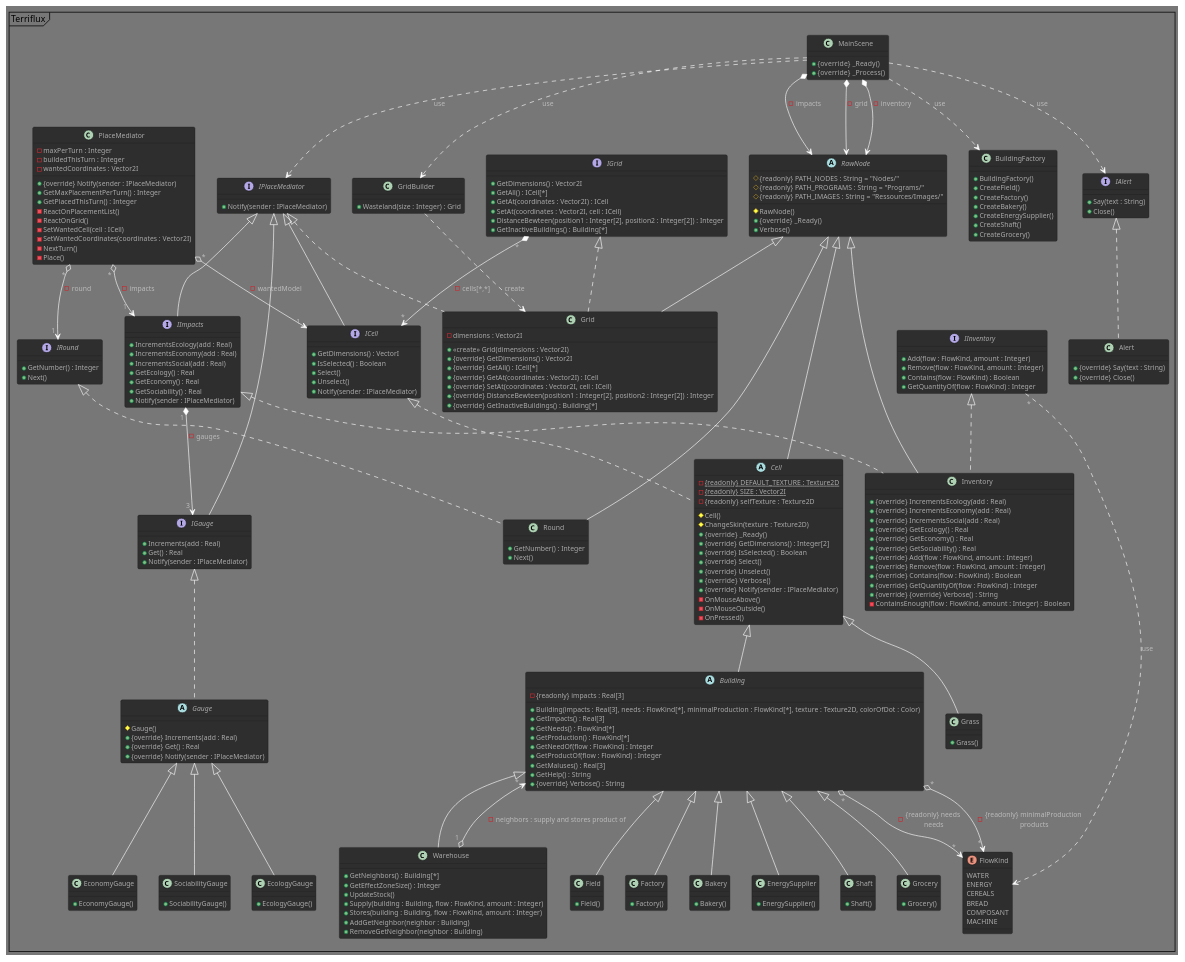
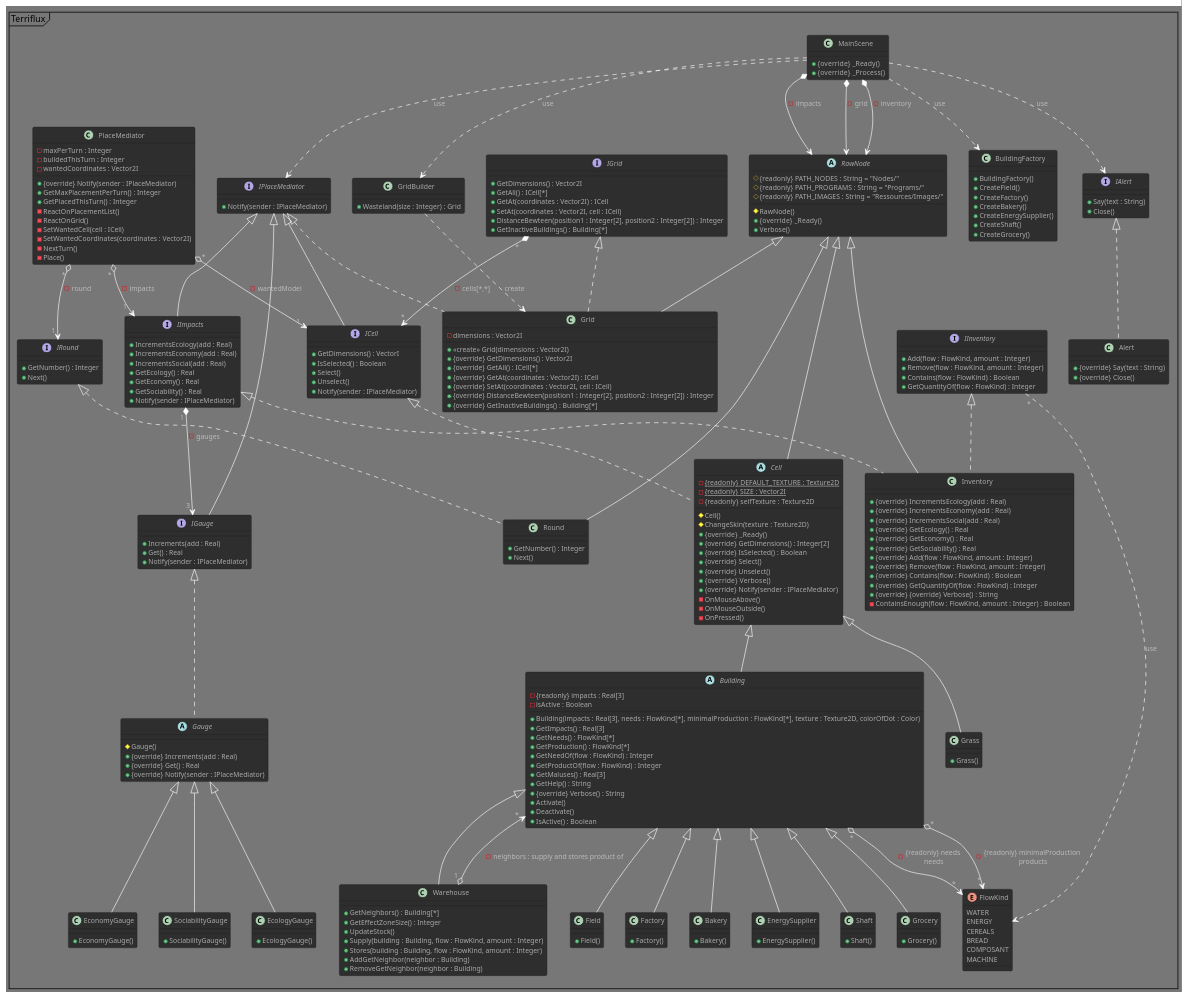
The diagram in Terriflux.puml (Spidermatou/Terriflux), drawn with PlantUML before and after one commit. The commit also changed 1 other file, not shown here.

Commit message:
Update Building - status active

```diff
--- a/Terriflux.puml
+++ b/Terriflux.puml
@@ -63,6 +63,7 @@
 abstract Building extends Cell
 {
     - {readonly} impacts : Real[3]
+    - isActive : Boolean    /' will product this turn '/
     + Building(impacts : Real[3], needs : FlowKind[*], minimalProduction : FlowKind[*], texture : Texture2D, colorOfDot : Color)
     + GetImpacts() : Real[3]
     + GetNeeds() : FlowKind[*]
@@ -71,7 +72,10 @@
     + GetProductOf(flow : FlowKind) : Integer        /' minimal product '/
     + GetMaluses() : Real[3]
     + GetHelp() : String        /' info for player about impacts, needs and products'/
-    + {override} Verbose() : String
+    + {override} Verbose() : String     
+    + Activate()        /' call by Warehouse '/
+    + Deactivate()      /' call by Warehouse '/
+    + IsActive() : Boolean /' call by Grid '/
 }
 /' needs & minimalProduction = (FlowKind, Integer)[*] '/
 Building" * " o--> " * "FlowKind : - {readonly} needs \n needs      
```
